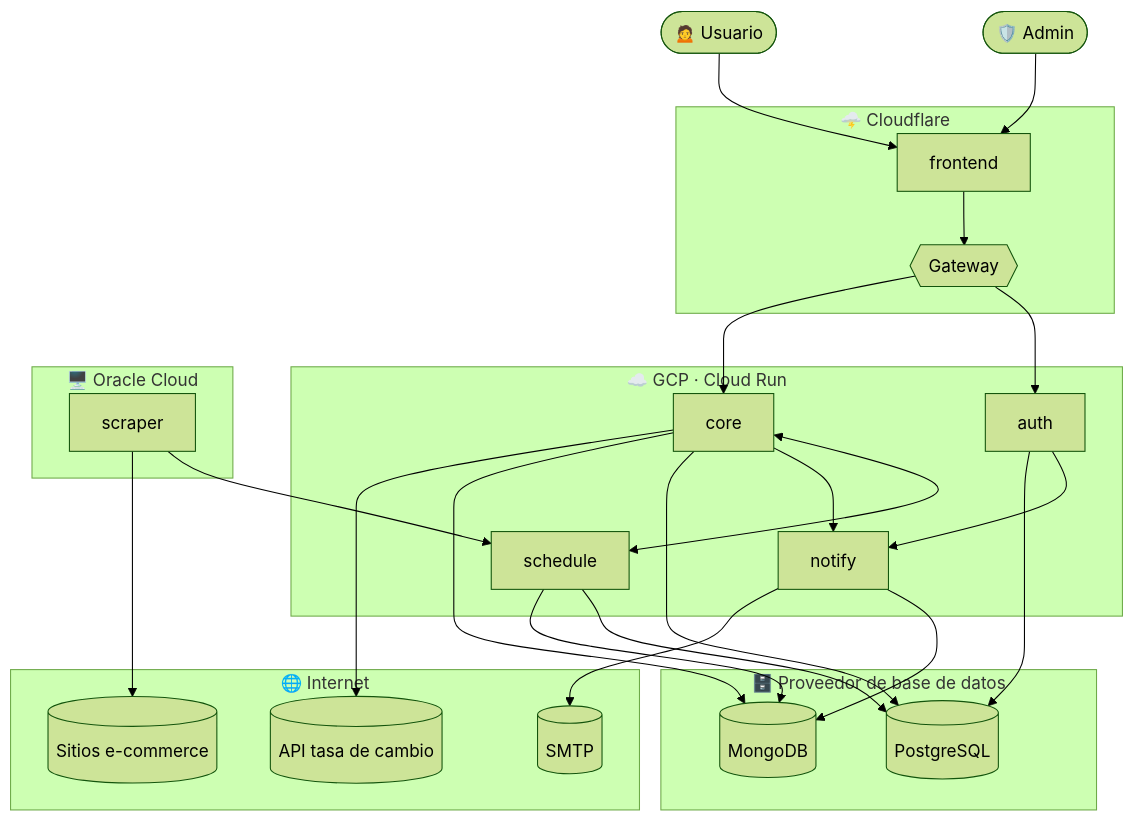
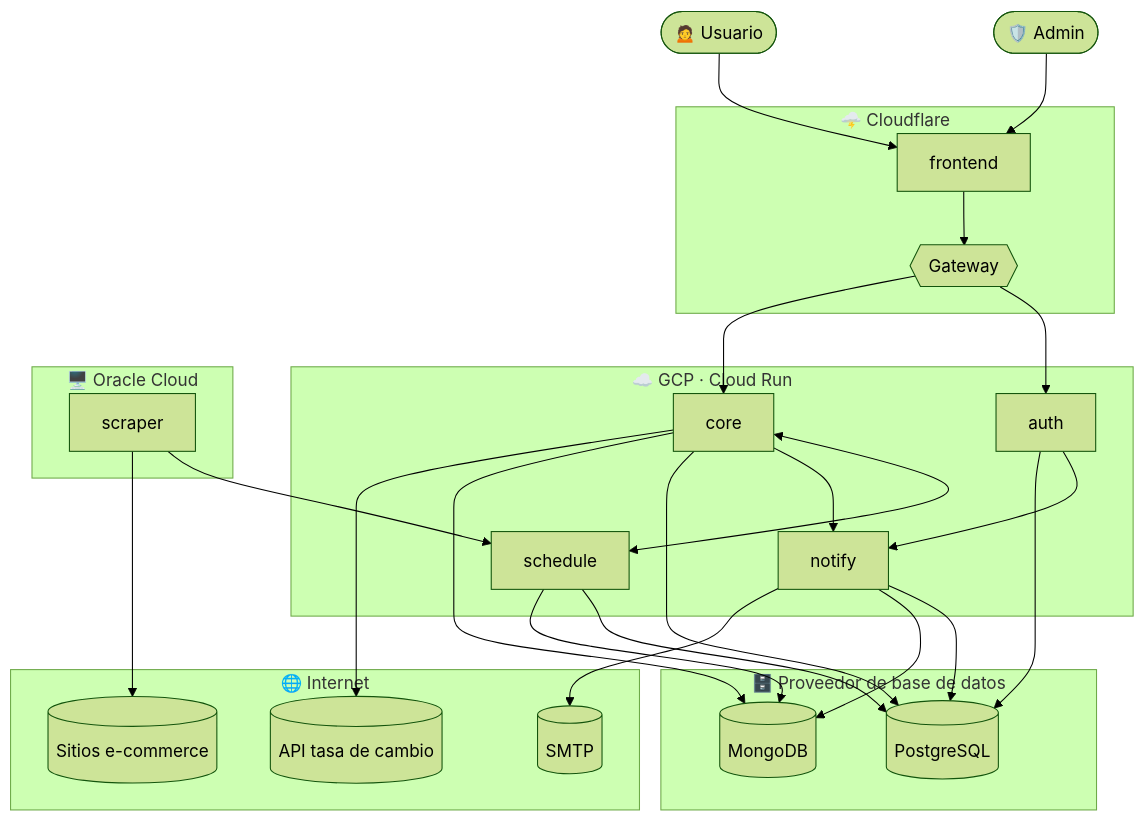
Before and after one commit to vida-I-found-it/architecture: the seventh of 7 diagrams in docs/02-arquitectura.md, drawn with Mermaid (forest theme). The commit also changed other lines of this file and 20 other files, not shown here.

````diff
--- a/docs/02-arquitectura.md
+++ b/docs/02-arquitectura.md
@@ -350,53 +378,54 @@
 ```mermaid
 graph TB
     ADM([🛡️ Admin])
     USR([🙍 Usuario])
 
     subgraph CF["🌩️ Cloudflare"]
         FE[frontend]
         GW{{Gateway}}
     end
 
     subgraph GCP["☁️ GCP · Cloud Run"]
         AUTH[auth]
         CORE[core]
         SCHED[schedule]
         NOTIFY[notify]
     end
 
     subgraph ORACLE["🖥️ Oracle Cloud"]
         SCR[scraper]
     end
 
     subgraph DATAPROV["🗄️ Proveedor de base de datos"]
         PG[(PostgreSQL)]
         MG[(MongoDB)]
     end
 
     subgraph WEB["🌐 Internet"]
         SITES[(Sitios e-commerce)]
         SMTPX[(SMTP)]
         FX[(API tasa de cambio)]
     end
 
     ADM & USR --> FE
     FE --> GW
     GW --> AUTH
     GW --> CORE
 
     CORE <--> SCHED
     CORE --> NOTIFY
     AUTH --> NOTIFY
     SCR --> SCHED
 
     AUTH --> PG
     CORE --> PG
     CORE --> MG
     SCHED --> PG
     SCHED --> MG
+    NOTIFY --> PG
     NOTIFY --> MG
 
     SCR --> SITES
     NOTIFY --> SMTPX
     CORE --> FX
 ```
````
